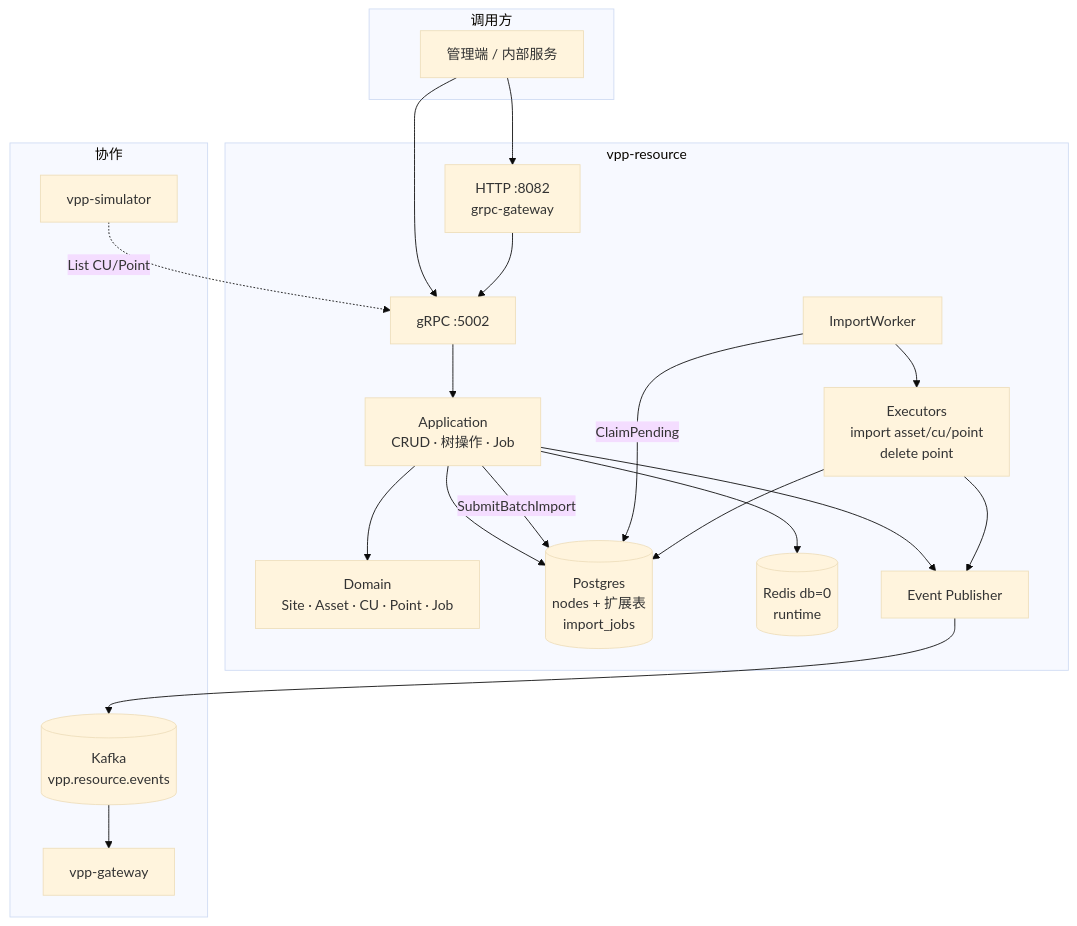
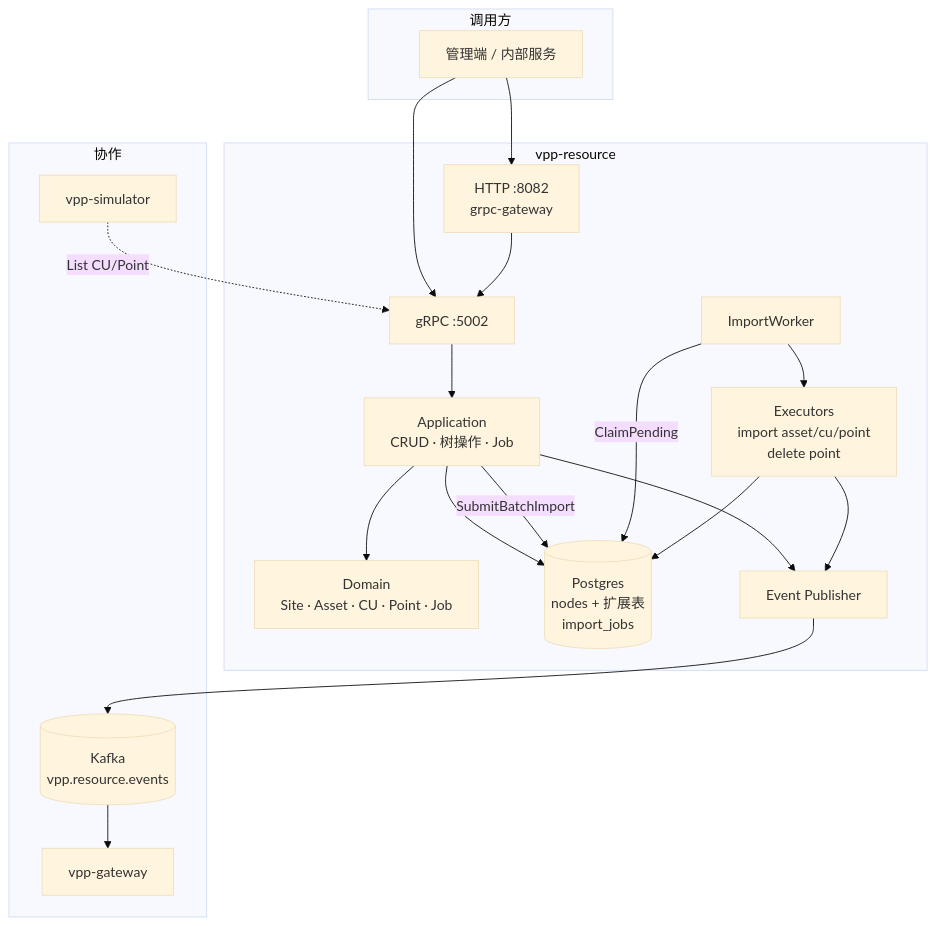
Before and after one commit to mushroomyuan/vpp-backend: the first of 2 diagrams in internal/resource/OVERVIEW.md, drawn with Mermaid (base theme). The commit also changed other lines of this file and 46 other files, not shown here.

````diff
--- a/internal/resource/OVERVIEW.md
+++ b/internal/resource/OVERVIEW.md
@@ -113,43 +113,41 @@
 ```mermaid
 flowchart TB
     subgraph Clients["调用方"]
         Admin["管理端 / 内部服务"]
     end
 
     subgraph Resource["vpp-resource"]
         HTTP["HTTP :8082<br/>grpc-gateway"]
         GRPC["gRPC :5002"]
         App["Application<br/>CRUD · 树操作 · Job"]
         Worker["ImportWorker"]
         Exec["Executors<br/>import asset/cu/point<br/>delete point"]
         Dom["Domain<br/>Site · Asset · CU · Point · Job"]
         PG[("Postgres<br/>nodes + 扩展表<br/>import_jobs")]
-        Redis[("Redis db=0<br/>runtime")]
         Pub["Event Publisher"]
     end
 
     subgraph Peers["协作"]
         Kafka[("Kafka<br/>vpp.resource.events")]
         GW["vpp-gateway"]
         Sim["vpp-simulator"]
     end
 
     Admin --> HTTP
     Admin --> GRPC
     HTTP --> GRPC
     GRPC --> App
     App --> Dom
     App --> PG
-    App --> Redis
     App --> Pub
     Pub --> Kafka
     Kafka --> GW
 
     App -->|SubmitBatchImport| PG
     Worker -->|ClaimPending| PG
     Worker --> Exec
     Exec --> PG
     Exec --> Pub
 
     Sim -.->|List CU/Point| GRPC
 ```
````
